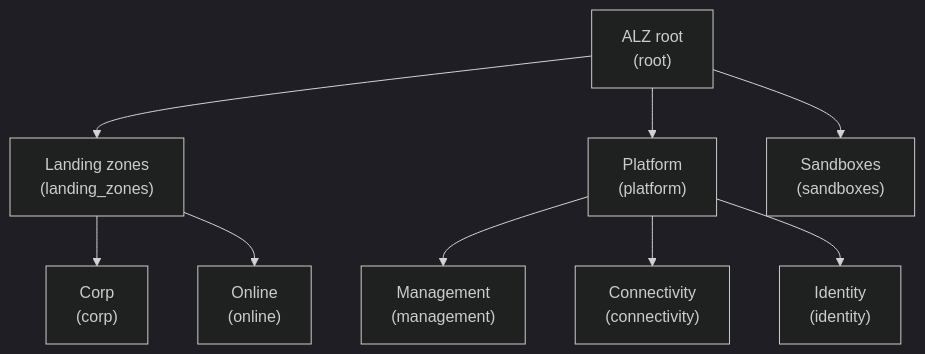
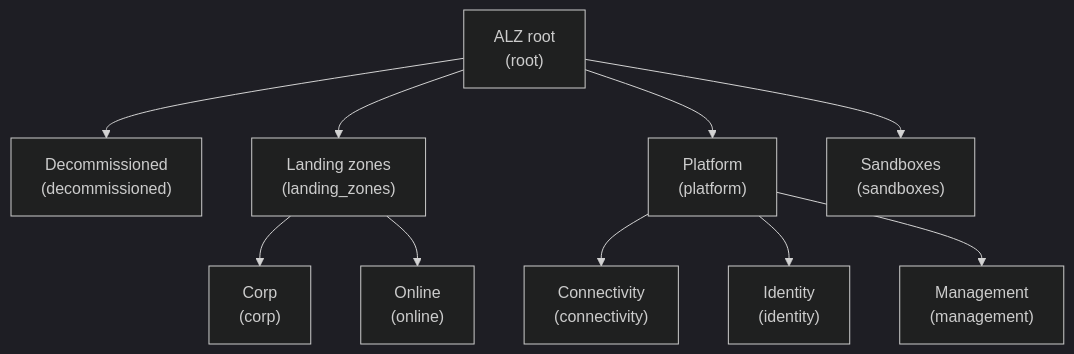
One commit to Azure/Azure-Landing-Zones-Library changed the diagram in platform/alz/README.md. Above: the diagram before and after it, drawn with Mermaid (dark theme). The commit also changed 1 other file, not shown here.

Commit message:
fix: add missing mg from architecture

````diff
--- a/platform/alz/README.md
+++ b/platform/alz/README.md
@@ -27,21 +27,23 @@
 ```mermaid
 flowchart TD
   alzroot["ALZ root\n(root)"]
+  alzroot --> decommissioned
+  decommissioned["Decommissioned\n(decommissioned)"]
   alzroot --> landingzones
   landingzones["Landing zones\n(landing_zones)"]
   landingzones --> corp
   corp["Corp\n(corp)"]
   landingzones --> online
   online["Online\n(online)"]
   alzroot --> platform
   platform["Platform\n(platform)"]
-  platform --> management
-  management["Management\n(management)"]
   platform --> connectivity
   connectivity["Connectivity\n(connectivity)"]
   platform --> identity
   identity["Identity\n(identity)"]
+  platform --> management
+  management["Management\n(management)"]
   alzroot --> sandboxes
   sandboxes["Sandboxes\n(sandboxes)"]
 
 ```
````
